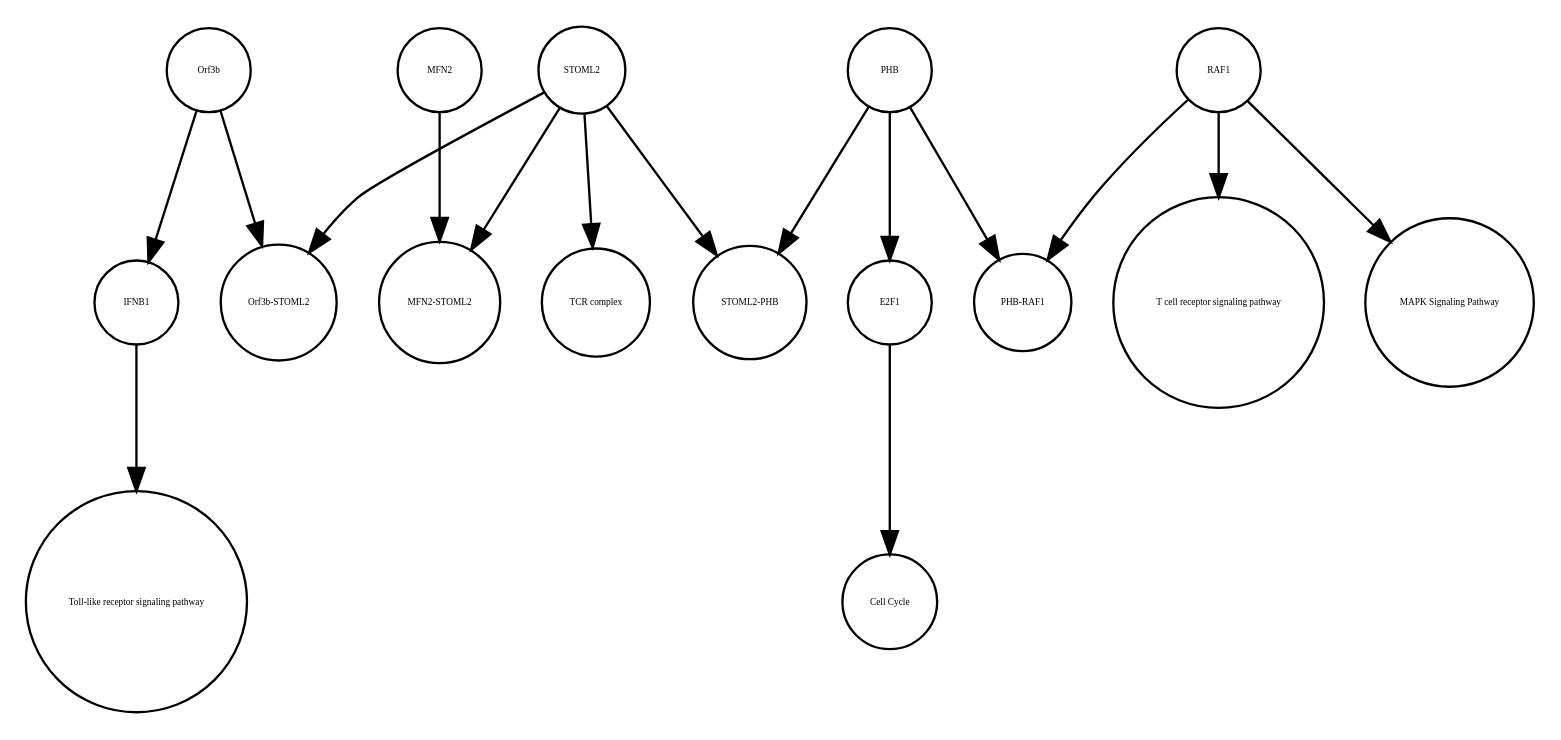
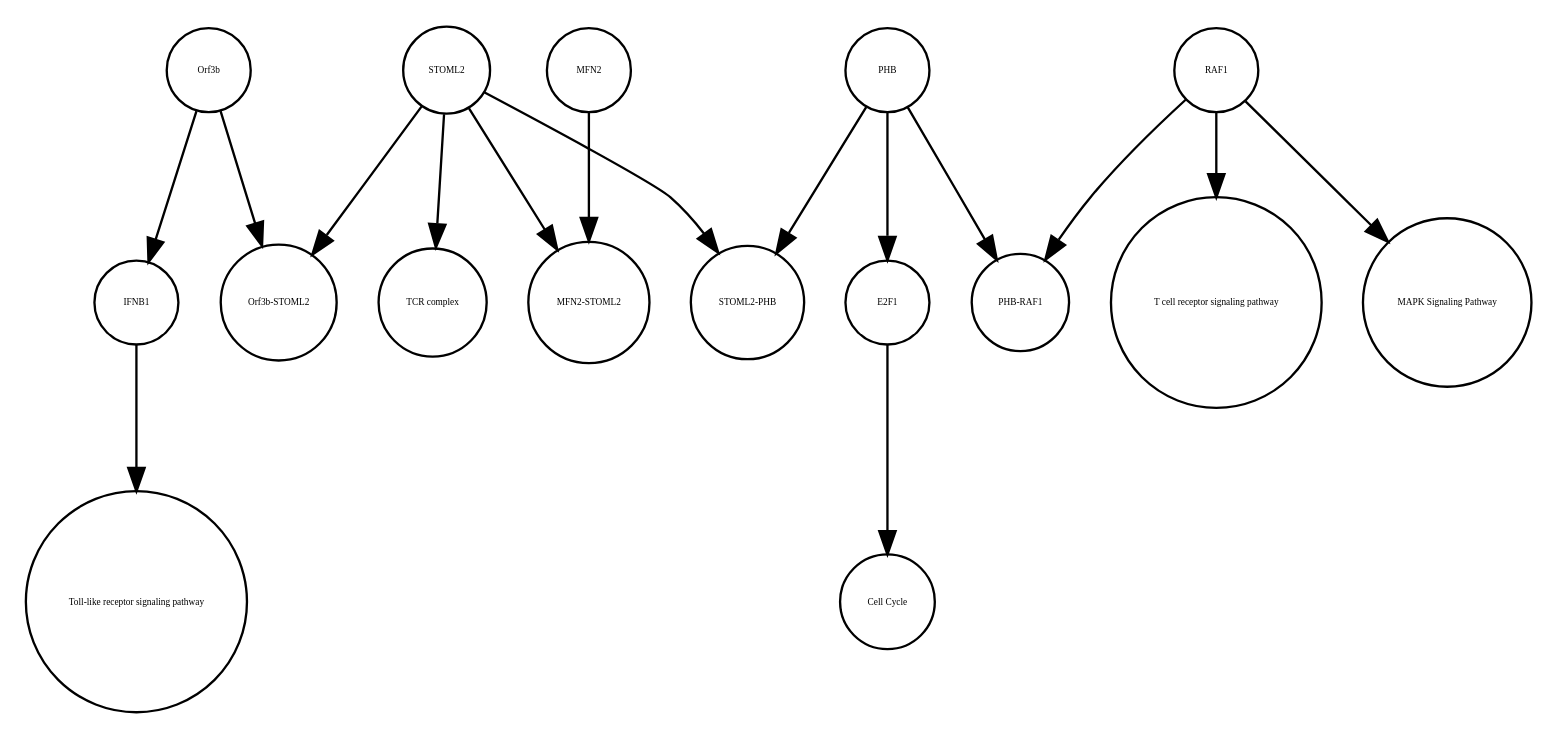
The diagram in Orf3b_0620_2020.xml_projected.dot (cannin/covid19-sbgn), drawn with Graphviz before and after one commit. The commit also changed other lines of this file and 637 other files, not shown here.

```diff
--- a/Orf3b_0620_2020.xml_projected.dot
+++ b/Orf3b_0620_2020.xml_projected.dot
@@ -1,33 +1,33 @@
 strict digraph  {
 IFNB1 [annotation=urn_miriam_uniprot_P01574, bipartite=0, cls=macromolecule, fontsize=4, label=IFNB1, shape=circle];
 "Toll-like receptor signaling pathway" [annotation="urn_miriam_kegg.pathway_hsa04620", bipartite=0, cls=phenotype, fontsize=4, label="Toll-like receptor signaling pathway", shape=circle];
 PHB [annotation=urn_miriam_uniprot_P35232, bipartite=0, cls=macromolecule, fontsize=4, label=PHB, shape=circle];
 E2F1 [annotation=urn_miriam_uniprot_Q01094, bipartite=0, cls=macromolecule, fontsize=4, label=E2F1, shape=circle];
 "Cell Cycle" [annotation="urn_miriam_kegg.pathway_hsa04110", bipartite=0, cls=phenotype, fontsize=4, label="Cell Cycle", shape=circle];
 RAF1 [annotation=urn_miriam_uniprot_P04049, bipartite=0, cls=macromolecule, fontsize=4, label=RAF1, shape=circle];
 "MAPK Signaling Pathway" [annotation="urn_miriam_kegg.pathway_hsa04010", bipartite=0, cls=phenotype, fontsize=4, label="MAPK Signaling Pathway", shape=circle];
 "T cell receptor signaling pathway" [annotation="urn_miriam_kegg.pathway_hsa04660", bipartite=0, cls=phenotype, fontsize=4, label="T cell receptor signaling pathway", shape=circle];
-STOML2 [annotation=urn_miriam_pubmed_18641330, bipartite=0, cls="macromolecule multimer", fontsize=4, label=STOML2, shape=circle];
+"Orf3b-STOML2" [annotation="", bipartite=0, cls=complex, fontsize=4, label="Orf3b-STOML2", shape=circle];
 Orf3b [annotation="", bipartite=0, cls=macromolecule, fontsize=4, label=Orf3b, shape=circle];
 MFN2 [annotation=urn_miriam_uniprot_O95140, bipartite=0, cls=macromolecule, fontsize=4, label=MFN2, shape=circle];
+"STOML2-PHB" [annotation="", bipartite=0, cls=complex, fontsize=4, label="STOML2-PHB", shape=circle];
 "PHB-RAF1" [annotation="", bipartite=0, cls=complex, fontsize=4, label="PHB-RAF1", shape=circle];
-"Orf3b-STOML2" [annotation="", bipartite=0, cls=complex, fontsize=4, label="Orf3b-STOML2", shape=circle];
 "MFN2-STOML2" [annotation="", bipartite=0, cls=complex, fontsize=4, label="MFN2-STOML2", shape=circle];
 "TCR complex" [annotation="urn_miriam_uniprot_P07766|urn_miriam_uniprot_P04234|urn_miriam_uniprot_P09693|urn_miriam_uniprot_P20963|urn_miriam_uniprot_P01848|urn_miriam_uniprot_Q9UJZ1|urn_miriam_uniprot_P0DSE2", bipartite=0, cls=complex, fontsize=4, label="TCR complex", shape=circle];
-"STOML2-PHB" [annotation="", bipartite=0, cls=complex, fontsize=4, label="STOML2-PHB", shape=circle];
+STOML2 [annotation=urn_miriam_pubmed_18641330, bipartite=0, cls="macromolecule multimer", fontsize=4, label=STOML2, shape=circle];
 IFNB1 -> "Toll-like receptor signaling pathway"  [annotation="", interaction_type=stimulation];
 PHB -> E2F1  [annotation="", interaction_type=inhibition];
+PHB -> "PHB-RAF1"  [annotation="", interaction_type=production];
 PHB -> "STOML2-PHB"  [annotation="", interaction_type=production];
-PHB -> "PHB-RAF1"  [annotation="", interaction_type=production];
 E2F1 -> "Cell Cycle"  [annotation="", interaction_type=stimulation];
 RAF1 -> "MAPK Signaling Pathway"  [annotation="", interaction_type=stimulation];
 RAF1 -> "T cell receptor signaling pathway"  [annotation="", interaction_type=stimulation];
 RAF1 -> "PHB-RAF1"  [annotation="", interaction_type=production];
+Orf3b -> "Orf3b-STOML2"  [annotation="", interaction_type=production];
+Orf3b -> IFNB1  [annotation="", interaction_type=inhibition];
+MFN2 -> "MFN2-STOML2"  [annotation="", interaction_type=production];
+STOML2 -> "MFN2-STOML2"  [annotation="", interaction_type=production];
+STOML2 -> "STOML2-PHB"  [annotation="", interaction_type=production];
+STOML2 -> "TCR complex"  [annotation="", interaction_type=production];
 STOML2 -> "Orf3b-STOML2"  [annotation="", interaction_type=production];
-STOML2 -> "STOML2-PHB"  [annotation="", interaction_type=production];
-STOML2 -> "MFN2-STOML2"  [annotation="", interaction_type=production];
-STOML2 -> "TCR complex"  [annotation="", interaction_type=production];
-Orf3b -> IFNB1  [annotation="", interaction_type=inhibition];
-Orf3b -> "Orf3b-STOML2"  [annotation="", interaction_type=production];
-MFN2 -> "MFN2-STOML2"  [annotation="", interaction_type=production];
 }
```
